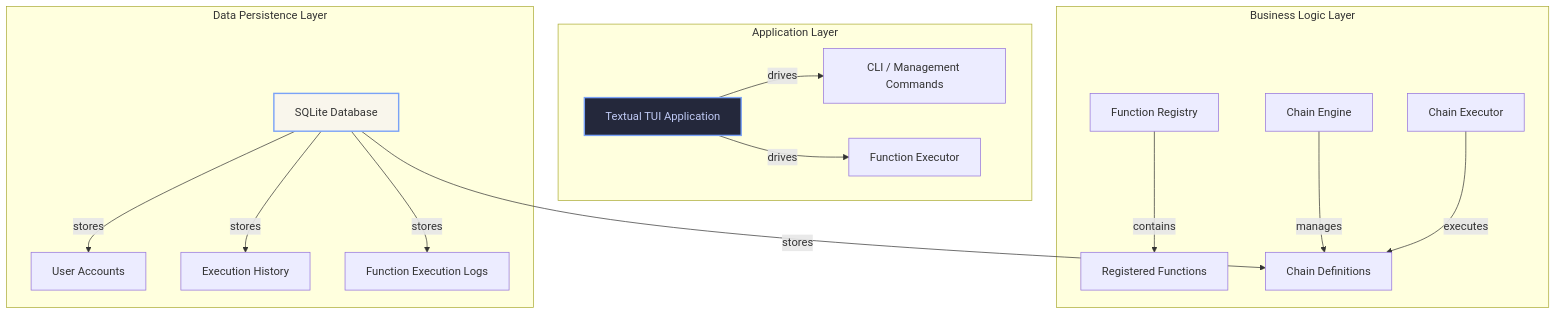
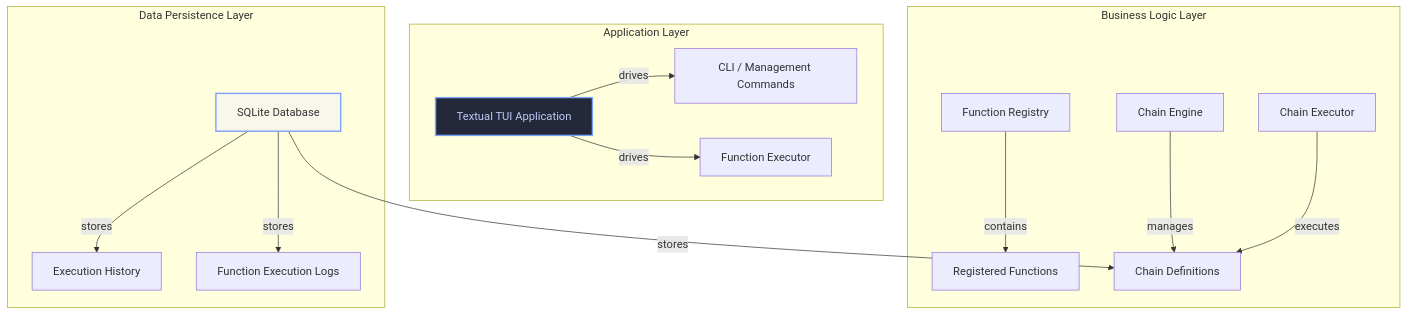
Before and after one commit to HojjatAhmadi/hojjat-tui: the diagram in docs/architecture.md, drawn with Mermaid. The commit also changed other lines of this file and 9 other files, not shown here.

````diff
--- a/docs/architecture.md
+++ b/docs/architecture.md
@@ -9,23 +9,22 @@
 ```mermaid
 graph TD
     subgraph "Application Layer"
         TUI[Textual TUI Application] -->|drives| CLI[CLI / Management Commands]
         TUI -->|drives| Executor[Function Executor]
     end
 
     subgraph "Business Logic Layer"
         Registry[Function Registry] -->|contains| Functions[Registered Functions]
         ChainEngine[Chain Engine] -->|manages| Chains[Chain Definitions]
         ChainExecutor[Chain Executor] -->|executes| Chains
     end
 
     subgraph "Data Persistence Layer"
-        Database[SQLite Database] -->|stores| Users[User Accounts]
-        Database -->|stores| Chains[Chain Definitions]
+        Database[SQLite Database] -->|stores| Chains[Chain Definitions]
         Database -->|stores| Executions[Execution History]
         Database -->|stores| Logs[Function Execution Logs]
     end
 
     style Database fill:#f9f6ec,stroke:#7aa2f7,stroke-width:2px
     style TUI fill:#24283b,stroke:#7aa2f7,stroke-width:2px,color:#c0caf5
 ```
````
